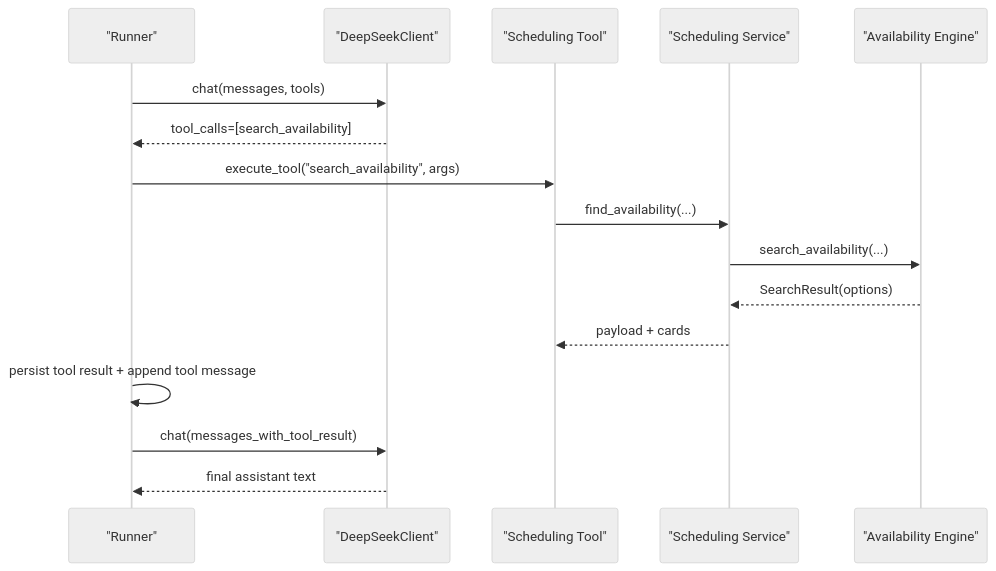
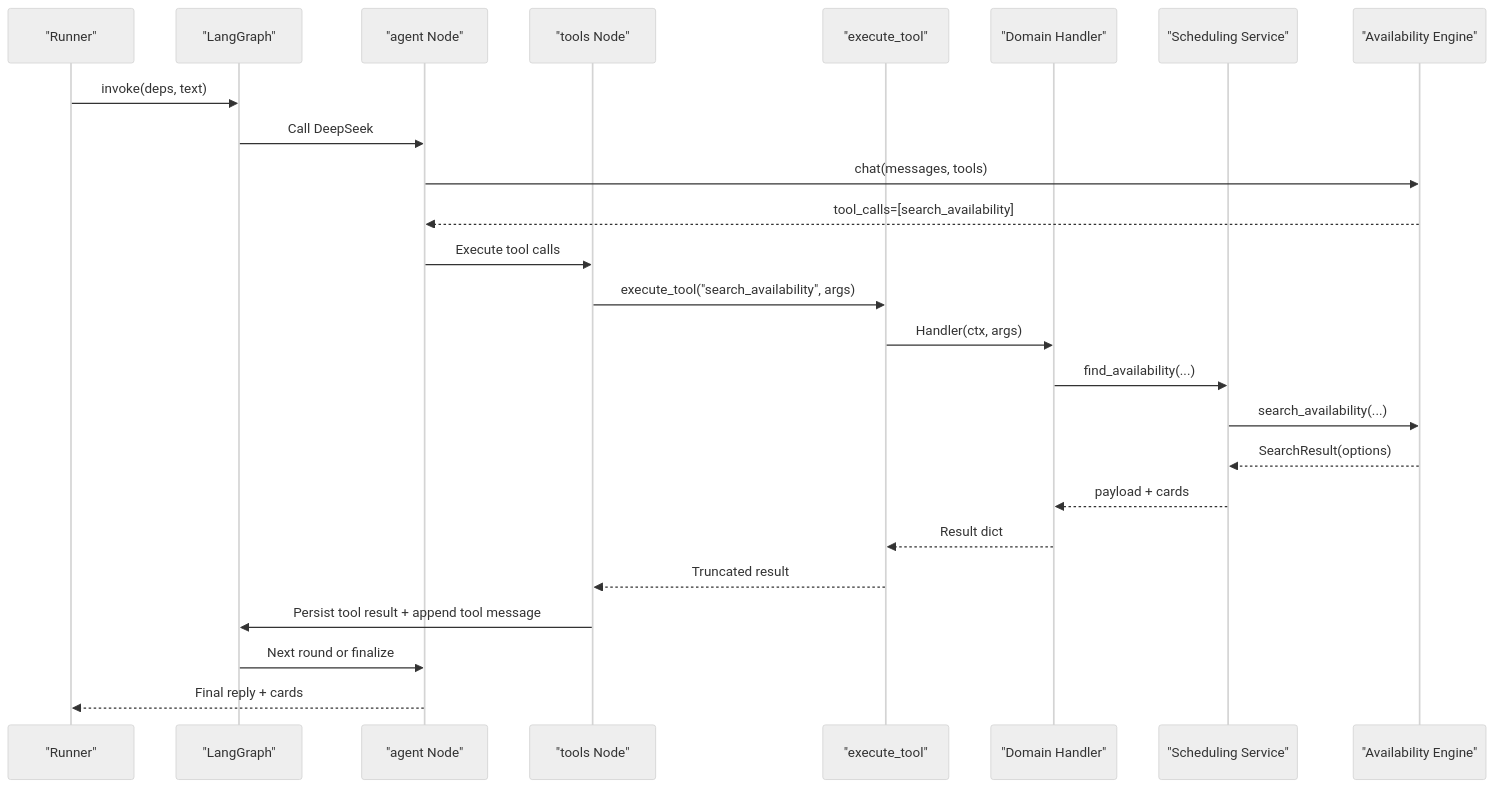
The seventh of 9 diagrams in .qoder/repowiki/en/content/AI Agent System/Conversation Runner/Tool Orchestration Loop.md (gokulkaarthicks/dental-chatbot), drawn with Mermaid (neutral theme) before and after one commit. The commit also changed other lines of this file and 280 other files, not shown here.

````diff
--- a/.qoder/repowiki/en/content/AI Agent System/Conversation Runner/Tool Orchestration Loop.md
+++ b/.qoder/repowiki/en/content/AI Agent System/Conversation Runner/Tool Orchestration Loop.md
@@ -302,18 +302,27 @@
 ```mermaid
 sequenceDiagram
 participant Runner as "Runner"
-participant DeepSeek as "DeepSeekClient"
-participant Scheduler as "Scheduling Tool"
+participant Graph as "LangGraph"
+participant Agent as "agent Node"
+participant Tools as "tools Node"
+participant Catalogue as "execute_tool"
+participant Domain as "Domain Handler"
 participant Service as "Scheduling Service"
 participant Engine as "Availability Engine"
-Runner->>DeepSeek : chat(messages, tools)
-DeepSeek-->>Runner : tool_calls=[search_availability]
-Runner->>Scheduler : execute_tool("search_availability", args)
-Scheduler->>Service : find_availability(...)
+Runner->>Graph : invoke(deps, text)
+Graph->>Agent : Call DeepSeek
+Agent->>Engine : chat(messages, tools)
+Engine-->>Agent : tool_calls=[search_availability]
+Agent->>Tools : Execute tool calls
+Tools->>Catalogue : execute_tool("search_availability", args)
+Catalogue->>Domain : Handler(ctx, args)
+Domain->>Service : find_availability(...)
 Service->>Engine : search_availability(...)
 Engine-->>Service : SearchResult(options)
-Service-->>Scheduler : payload + cards
-Runner->>Runner : persist tool result + append tool message
-Runner->>DeepSeek : chat(messages_with_tool_result)
-DeepSeek-->>Runner : final assistant text
+Service-->>Domain : payload + cards
+Domain-->>Catalogue : Result dict
+Catalogue-->>Tools : Truncated result
+Tools->>Graph : Persist tool result + append tool message
+Graph->>Agent : Next round or finalize
+Agent-->>Runner : Final reply + cards
 ```
````
